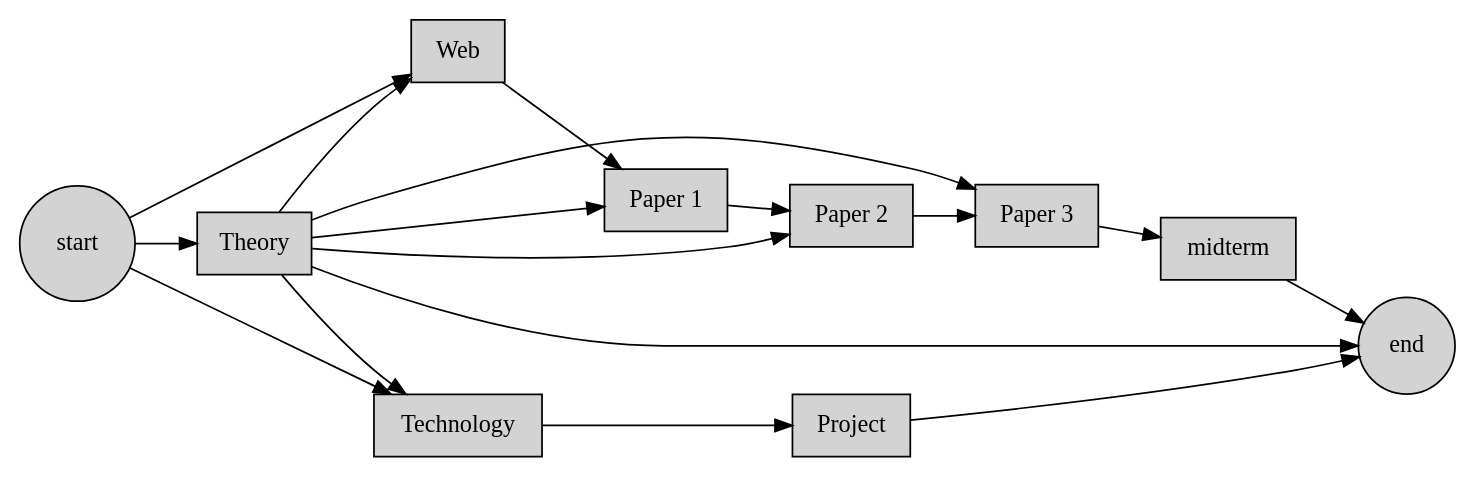
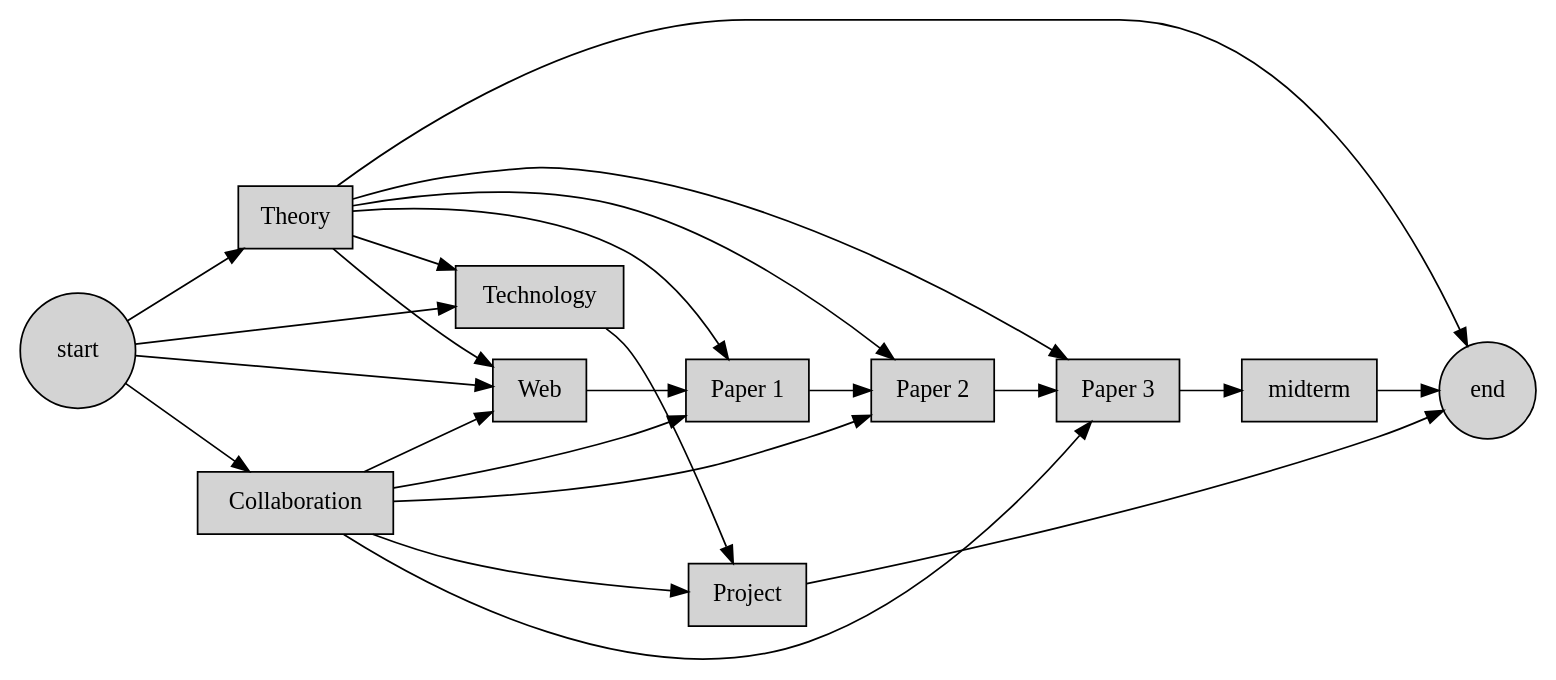
One commit to cloudmesh/classes changed the diagram in docs/source/i524/index.rst. Above: the diagram before and after it, drawn with Graphviz. The commit also changed 3 other files, not shown here.

```diff
--- a/docs/source/i524/index.rst
+++ b/docs/source/i524/index.rst
@@ -16,20 +16,26 @@
 .. graphviz::
 
    digraph class {
       rankdir="LR";
       node [shape=box,
             style=filled,
             fillcolor=lightgrey];
       "start" [shape=circle];
       "end" [shape=circle];      
       
       "start" -> "Technology";
+      "start" -> "Collaboration";
       "start" -> "Theory" -> "end";
       "start" -> "Web" -> "Paper 1" -> "Paper 2" -> "Paper 3" -> "midterm" -> "end";
       "Theory" -> "Technology" -> "Project";
+      "Collaboration" -> "Project";
+      "Collaboration" -> "Paper 1";
+      "Collaboration" -> "Paper 2";
+      "Collaboration" -> "Paper 3";
+      "Collaboration" -> "Web";
       "Theory" -> "Web";
       "Theory" -> "Paper 1";
       "Theory" -> "Paper 2";
       "Theory" -> "Paper 3";   
       "Project" -> "end";            
    }
```
